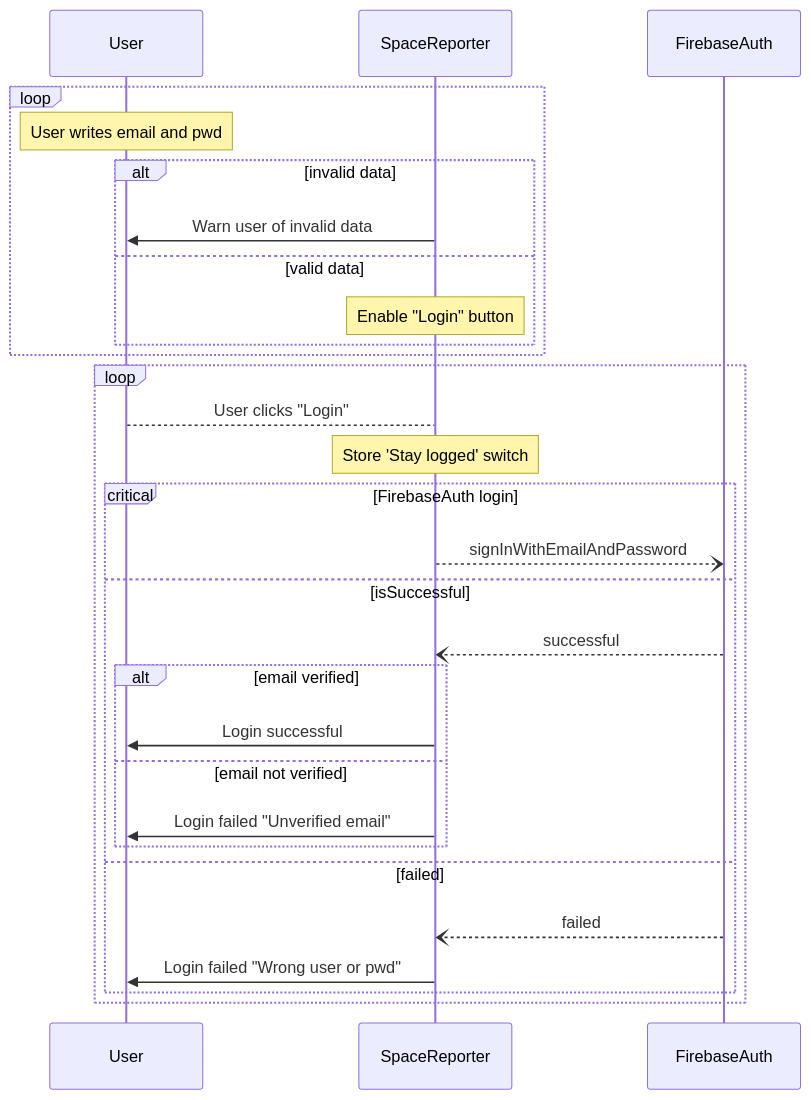
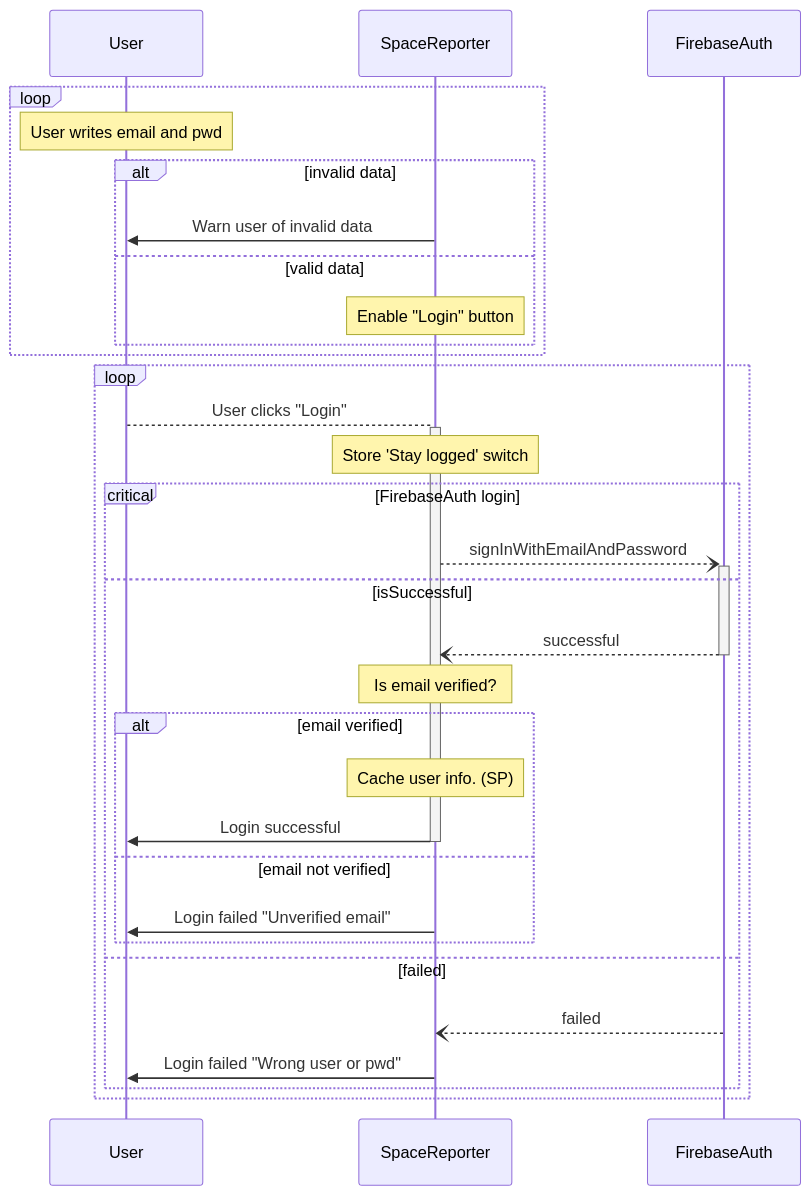
One commit to Charly98cma/Space-Reporter changed the first of 3 diagrams in docs/login.md. Above: the diagram before and after it, drawn with Mermaid. The commit also changed other lines of this file, not shown here.

Commit message:
doc: Fix on diagrams

````diff
--- a/docs/login.md
+++ b/docs/login.md
@@ -2,31 +2,33 @@
 ```mermaid
 sequenceDiagram
     participant us as User
     participant sr as SpaceReporter
     participant fb as FirebaseAuth
     loop
         Note over us: User writes email and pwd
         alt invalid data
             sr->>us: Warn user of invalid data
         else valid data
             Note over sr: Enable "Login" button
         end
     end
     loop
-        us-->sr: User clicks "Login"
+        us-->+sr: User clicks "Login"
         Note over sr: Store 'Stay logged' switch
         critical FirebaseAuth login
-            sr--)fb: signInWithEmailAndPassword
+            sr--)+fb: signInWithEmailAndPassword
             option isSuccessful
-                fb--)sr: successful
+                fb--)-sr: successful
+                Note over sr: Is email verified?
                 alt email verified
-                    sr->>us: Login successful
+                    Note over sr: Cache user info. (SP)
+                    sr->>-us: Login successful
                 else email not verified
                     sr->>us: Login failed "Unverified email"
                 end
             option failed
                 fb--)sr: failed
                 sr->>us: Login failed "Wrong user or pwd"
         end
     end
 ```
````
